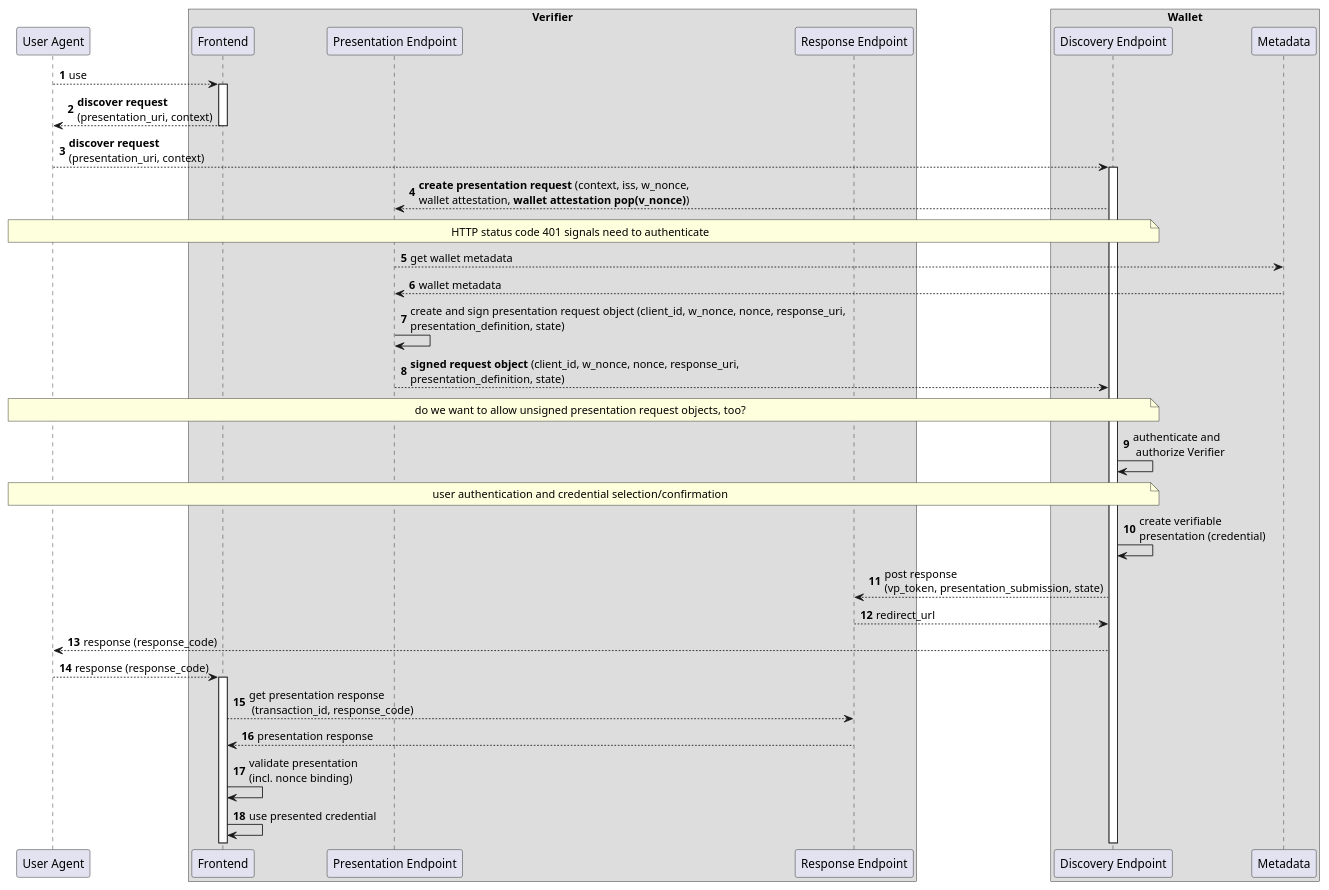
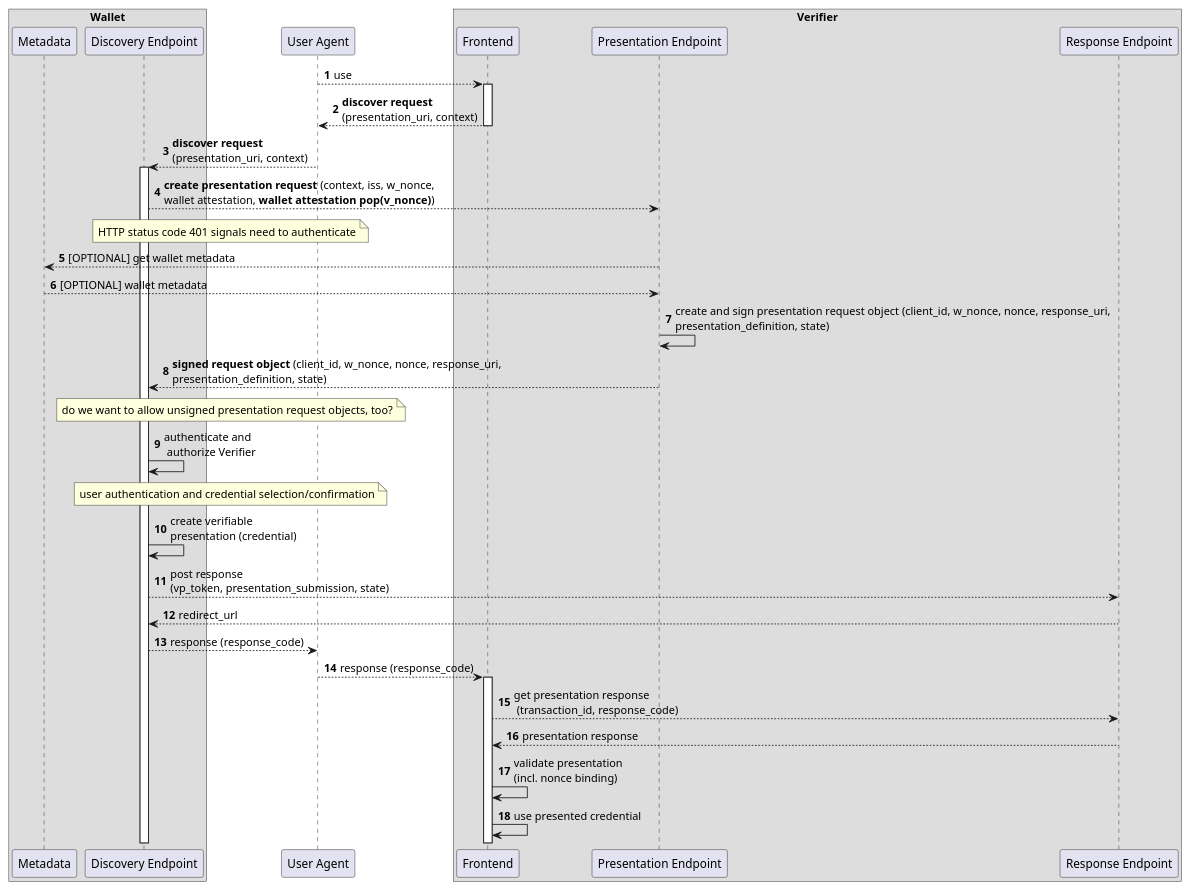
Before and after one commit to openid/OpenID4VP: the diagram in diagrams/advanced_flow.md, drawn with PlantUML.

Commit message:
modified presentation request response to provide request object in response body

````diff
--- a/diagrams/advanced_flow.md
+++ b/diagrams/advanced_flow.md
@@ -1,48 +1,48 @@
 ```plantuml
 @startuml
 
 autonumber
+
+box "Wallet"
+participant "Metadata" as wm
+participant "Discovery Endpoint" as w
+end box
 
 participant "User Agent" as u
 
 box "Verifier"
 participant "Frontend" as r
 participant "Presentation Endpoint" as rp
 participant "Response Endpoint" as rb
-end box
-
-box "Wallet"
-participant "Discovery Endpoint" as w
-participant "Metadata" as wm
 end box
 
 u --> r : use
 activate r
 
 r --> u: **discover request**\n(presentation_uri, context)
 deactivate r
 u --> w: **discover request**\n(presentation_uri, context)
 activate w
 w --> rp: **create presentation request** (context, iss, w_nonce, \nwallet attestation, **wallet attestation pop(v_nonce)**)
 note over u, w: HTTP status code 401 signals need to authenticate
-rp --> wm: get wallet metadata
-wm --> rp: wallet metadata
+rp --> wm: [OPTIONAL] get wallet metadata
+wm --> rp: [OPTIONAL] wallet metadata
 rp -> rp: create and sign presentation request object (client_id, w_nonce, nonce, response_uri, \npresentation_definition, state)
 rp --> w: **signed request object** (client_id, w_nonce, nonce, response_uri, \npresentation_definition, state)
 note over u, w: do we want to allow unsigned presentation request objects, too?
 w -> w: authenticate and\n authorize Verifier
 
 note over u, w: user authentication and credential selection/confirmation
 
 w -> w: create verifiable\npresentation (credential)
 w --> rb: post response \n(vp_token, presentation_submission, state)
 rb --> w: redirect_url
 w --> u: response (response_code)
 u --> r: response (response_code)
 activate r
 r --> rb: get presentation response\n (transaction_id, response_code)
 rb --> r: presentation response
 r -> r: validate presentation \n(incl. nonce binding)
 r -> r: use presented credential 
 @enduml
 ```
````
